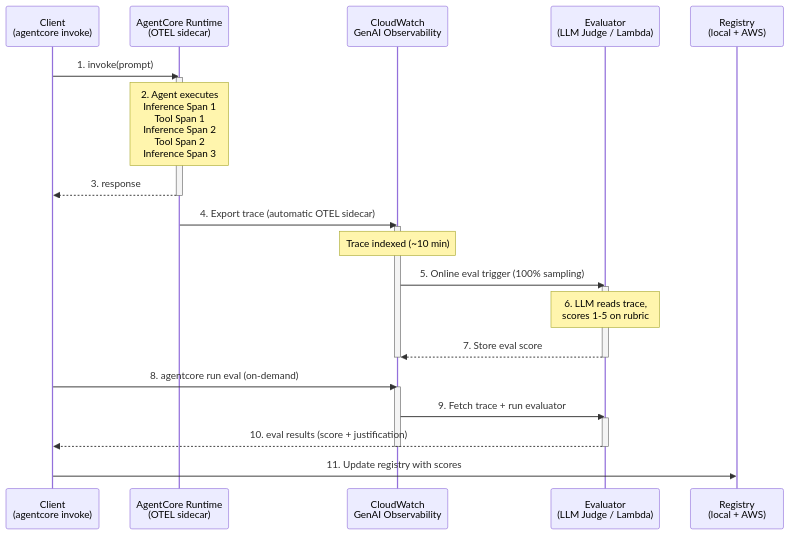
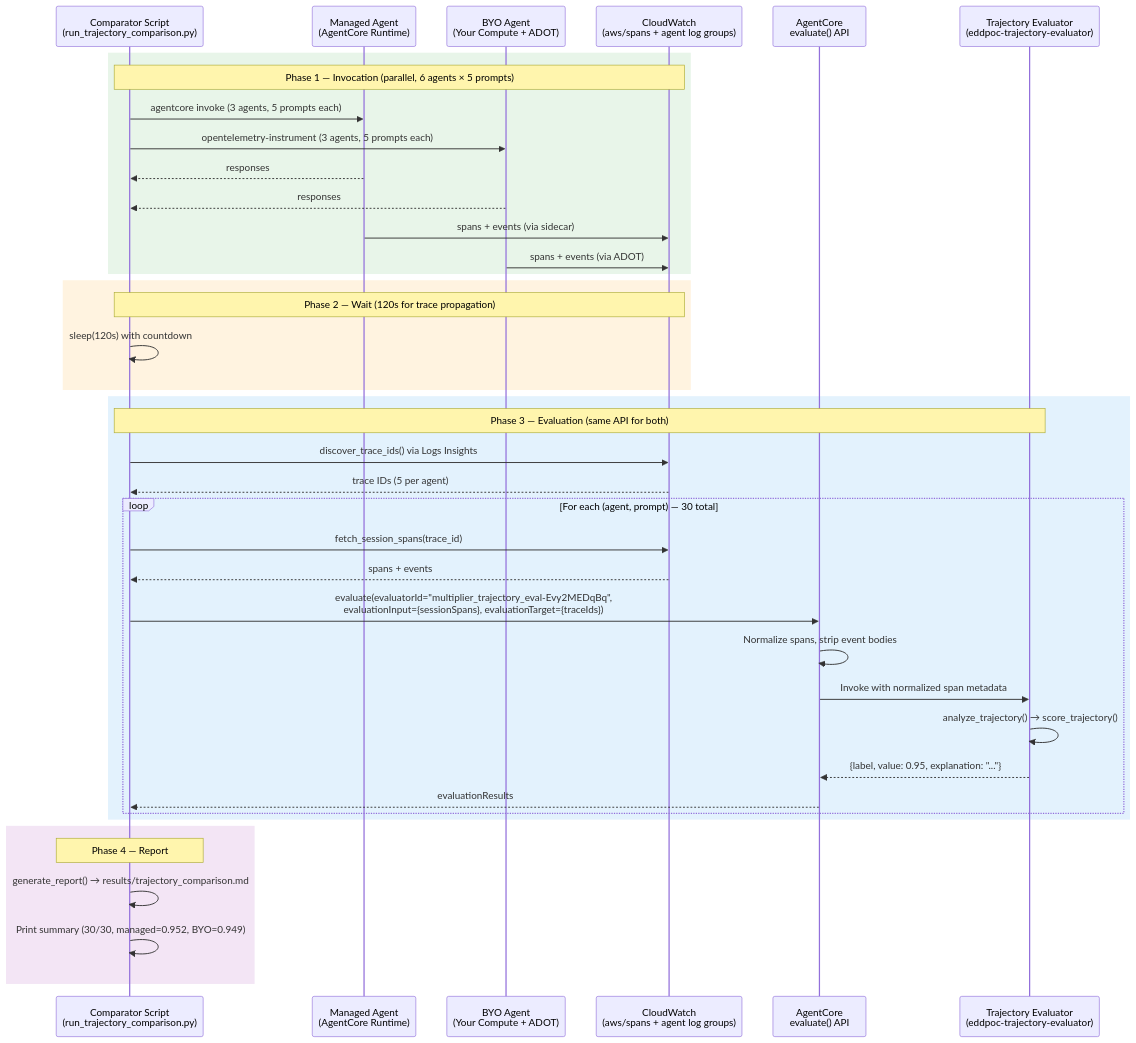
Before and after one commit to kangks/aws_agent_registry_edd: the fifth of 7 diagrams in edd-poc/EDD_architecture.md, drawn with Mermaid. The commit also changed other lines of this file and 11 other files, not shown here.

````diff
--- a/edd-poc/EDD_architecture.md
+++ b/edd-poc/EDD_architecture.md
@@ -833,38 +1046,47 @@
 ```mermaid
 sequenceDiagram
-    participant Client as Client<br/>(agentcore invoke)
-    participant Runtime as AgentCore Runtime<br/>(OTEL sidecar)
-    participant CW as CloudWatch<br/>GenAI Observability
-    participant Eval as Evaluator<br/>(LLM Judge / Lambda)
-    participant Reg as Registry<br/>(local + AWS)
+    participant Script as Comparator Script<br/>(run_trajectory_comparison.py)
+    participant Managed as Managed Agent<br/>(AgentCore Runtime)
+    participant BYO as BYO Agent<br/>(Your Compute + ADOT)
+    participant CW as CloudWatch<br/>(aws/spans + agent log groups)
+    participant API as AgentCore<br/>evaluate() API
+    participant Lambda as Trajectory Evaluator<br/>(eddpoc-trajectory-evaluator)
 
-    Client->>Runtime: 1. invoke(prompt)
-    activate Runtime
+    rect rgb(232, 245, 233)
+    Note over Script,CW: Phase 1 — Invocation (parallel, 6 agents × 5 prompts)
+    Script->>Managed: agentcore invoke (3 agents, 5 prompts each)
+    Script->>BYO: opentelemetry-instrument (3 agents, 5 prompts each)
+    Managed-->>Script: responses
+    BYO-->>Script: responses
+    Managed->>CW: spans + events (via sidecar)
+    BYO->>CW: spans + events (via ADOT)
+    end
 
-    Note over Runtime: 2. Agent executes<br/>Inference Span 1<br/>Tool Span 1<br/>Inference Span 2<br/>Tool Span 2<br/>Inference Span 3
+    rect rgb(255, 243, 224)
+    Note over Script,CW: Phase 2 — Wait (120s for trace propagation)
+    Script->>Script: sleep(120s) with countdown
+    end
 
-    Runtime-->>Client: 3. response
-    deactivate Runtime
+    rect rgb(227, 242, 253)
+    Note over Script,Lambda: Phase 3 — Evaluation (same API for both)
+    Script->>CW: discover_trace_ids() via Logs Insights
+    CW-->>Script: trace IDs (5 per agent)
+    
+    loop For each (agent, prompt) — 30 total
+        Script->>CW: fetch_session_spans(trace_id)
+        CW-->>Script: spans + events
+        Script->>API: evaluate(evaluatorId="multiplier_trajectory_eval-Evy2MEDqBq",<br/>evaluationInput={sessionSpans}, evaluationTarget={traceIds})
+        API->>API: Normalize spans, strip event bodies
+        API->>Lambda: Invoke with normalized span metadata
+        Lambda->>Lambda: analyze_trajectory() → score_trajectory()
+        Lambda-->>API: {label, value: 0.95, explanation: "..."}
+        API-->>Script: evaluationResults
+    end
+    end
 
-    Runtime->>CW: 4. Export trace (automatic OTEL sidecar)
-    activate CW
-
-    Note over CW: Trace indexed (~10 min)
-
-    CW->>Eval: 5. Online eval trigger (100% sampling)
-    activate Eval
-    Note over Eval: 6. LLM reads trace,<br/>scores 1-5 on rubric
-    Eval-->>CW: 7. Store eval score
-    deactivate Eval
-    deactivate CW
-
-    Client->>CW: 8. agentcore run eval (on-demand)
-    activate CW
-    CW->>Eval: 9. Fetch trace + run evaluator
-    activate Eval
-    Eval-->>Client: 10. eval results (score + justification)
-    deactivate Eval
-    deactivate CW
-
-    Client->>Reg: 11. Update registry with scores
+    rect rgb(243, 229, 245)
+    Note over Script,Script: Phase 4 — Report
+    Script->>Script: generate_report() → results/trajectory_comparison.md
+    Script->>Script: Print summary (30/30, managed=0.952, BYO=0.949)
+    end
 ```
````
